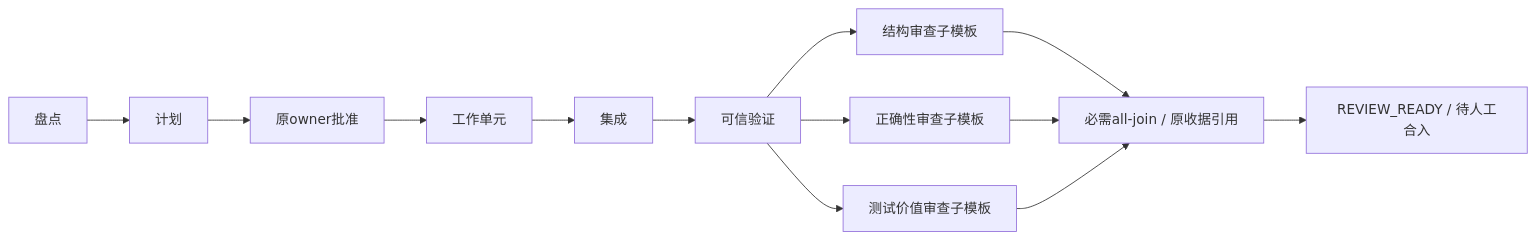
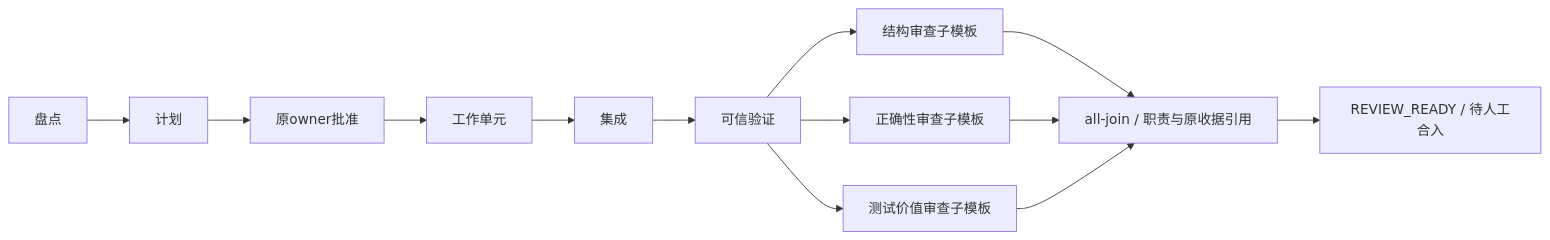
The first of 5 diagrams in docs/architecture/current.md (626619403/Ergora), drawn with Mermaid before and after one commit. The commit also changed other lines of this file and 34 other files, not shown here.

````diff
--- a/docs/architecture/current.md
+++ b/docs/architecture/current.md
@@ -15,12 +15,12 @@
 ```mermaid
 flowchart LR
   Inventory[盘点] --> Plan[计划] --> Approval[原owner批准]
   Approval --> Work[工作单元] --> Integration[集成] --> Verify[可信验证]
   Verify --> Structure[结构审查子模板]
   Verify --> Correctness[正确性审查子模板]
   Verify --> TestValue[测试价值审查子模板]
-  Structure --> Join[必需all-join / 原收据引用]
+  Structure --> Join[all-join / 职责与原收据引用]
   Correctness --> Join
   TestValue --> Join
   Join --> Ready[REVIEW_READY / 待人工合入]
 ```
````
